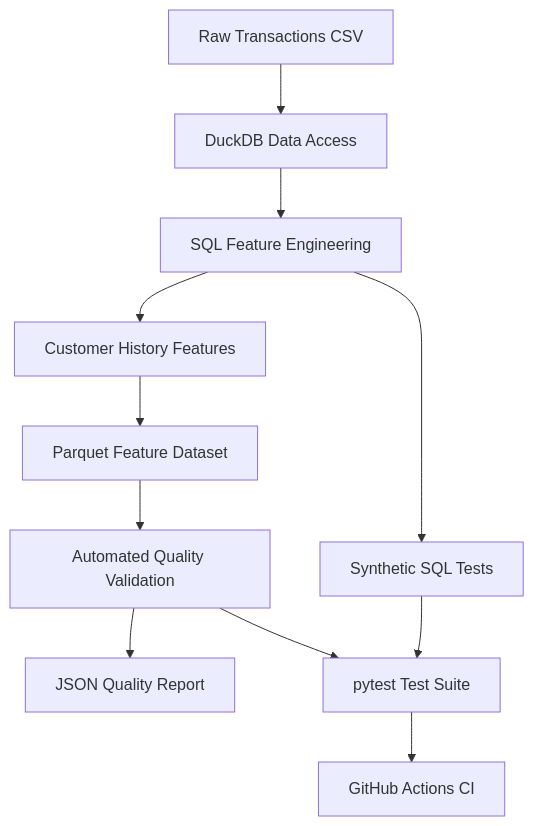
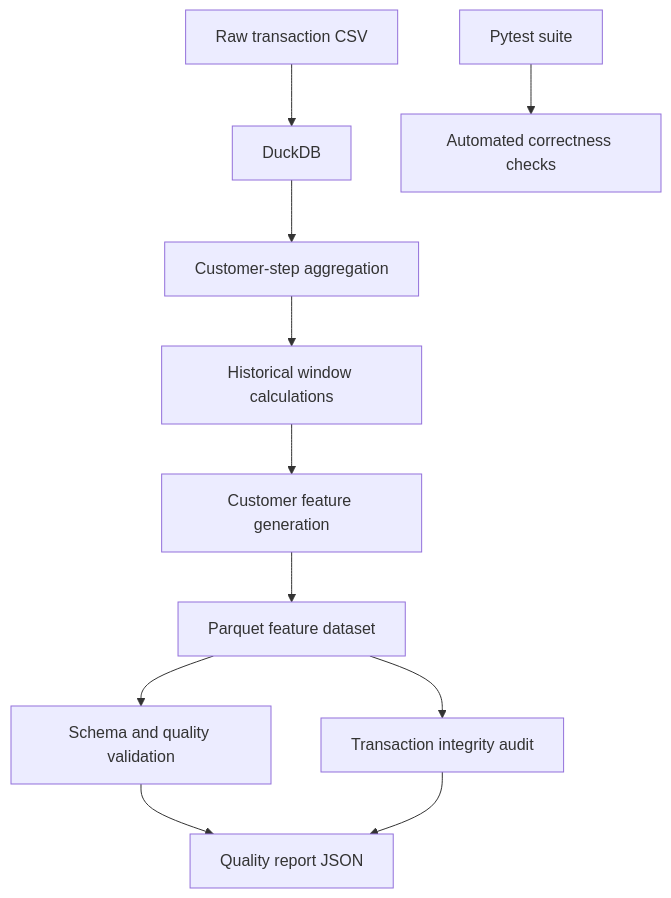
The diagram in README.md (Rauof-Qadir/customer-risk-feature-store), drawn with Mermaid before and after one commit. The commit also changed other lines of this file, not shown here.

````diff
--- a/README.md
+++ b/README.md
@@ -49,13 +30,13 @@
 ```mermaid
 flowchart TD
-    A["Raw Transactions CSV"] --> B["DuckDB Data Access"]
-    B --> C["SQL Feature Engineering"]
-    C --> D["Customer History Features"]
-    D --> E["Parquet Feature Dataset"]
-    E --> F["Automated Quality Validation"]
-    F --> G["JSON Quality Report"]
-    C --> H["Synthetic SQL Tests"]
-    H --> I["pytest Test Suite"]
-    F --> I
-    I --> J["GitHub Actions CI"]
+    A[Raw transaction CSV] --> B[DuckDB]
+    B --> C[Customer-step aggregation]
+    C --> D[Historical window calculations]
+    D --> E[Customer feature generation]
+    E --> F[Parquet feature dataset]
+    F --> G[Schema and quality validation]
+    F --> H[Transaction integrity audit]
+    G --> I[Quality report JSON]
+    H --> I
+    J[Pytest suite] --> K[Automated correctness checks]
 ```
````
